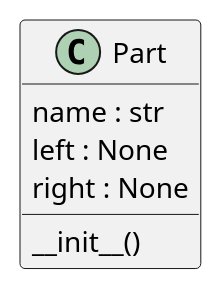
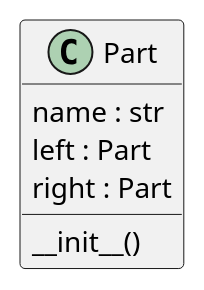
Before and after one commit to M0E33YZW/python_lesson: the diagram in tree_class.md, drawn with PlantUML. The commit also changed 2 other files, not shown here.

Commit message:
二分木・修正

````diff
--- a/tree_class.md
+++ b/tree_class.md
@@ -3,12 +3,12 @@
 ```plantuml
 @startuml
 
 class Part {
    name : str
-   left : None
-   right : None
+   left : Part
+   right : Part
    __init__()
 }
 
 @enduml
 ```
````
